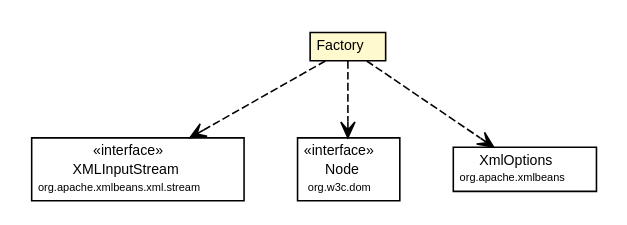
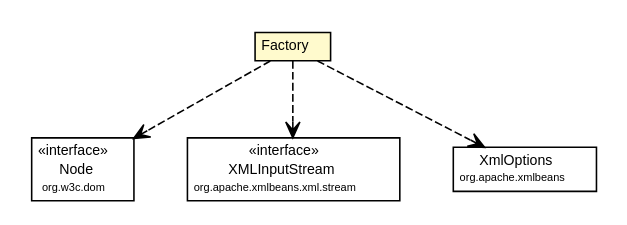
The diagram in site/apidocs/org/synchronoss/cpo/cassandra/cpoCassandraConfig/StCompression.Factory.dot (synchronoss/cpo-api), drawn with Graphviz before and after one commit. The commit also changed 883 other files, not shown here.

```diff
--- a/site/apidocs/org/synchronoss/cpo/cassandra/cpoCassandraConfig/StCompression.Factory.dot
+++ b/site/apidocs/org/synchronoss/cpo/cassandra/cpoCassandraConfig/StCompression.Factory.dot
@@ -1,45 +1,45 @@
 #!/usr/local/bin/dot
 #
 # Class diagram 
 # Generated by UmlGraph version 4.6 (http://www.spinellis.gr/sw/umlgraph)
 #
 
 digraph G {
 	edge [fontname="Helvetica",fontsize=10,labelfontname="Helvetica",labelfontsize=10];
 	node [fontname="Helvetica",fontsize=10,shape=plaintext];
 	// org.synchronoss.cpo.cassandra.cpoCassandraConfig.StCompression.Factory
 	c52533 [label=<<table border="0" cellborder="1" cellspacing="0" cellpadding="2" port="p" bgcolor="lemonChiffon" href="./StCompression.Factory.html">
 		<tr><td><table border="0" cellspacing="0" cellpadding="1">
 			<tr><td> Factory </td></tr>
 		</table></td></tr>
 		</table>>, fontname="Helvetica", fontcolor="black", fontsize=9.0];
+	// org.synchronoss.cpo.cassandra.cpoCassandraConfig.StCompression.Factory DEPEND org.w3c.dom.Node
+	c52533:p -> c52541:p [taillabel="", label="", headlabel="", fontname="Helvetica", fontcolor="black", fontsize=10.0, color="black", arrowhead=open, style=dashed];
 	// org.synchronoss.cpo.cassandra.cpoCassandraConfig.StCompression.Factory DEPEND org.apache.xmlbeans.xml.stream.XMLInputStream
-	c52533:p -> c52541:p [taillabel="", label="", headlabel="", fontname="Helvetica", fontcolor="black", fontsize=10.0, color="black", arrowhead=open, style=dashed];
-	// org.synchronoss.cpo.cassandra.cpoCassandraConfig.StCompression.Factory DEPEND org.w3c.dom.Node
 	c52533:p -> c52542:p [taillabel="", label="", headlabel="", fontname="Helvetica", fontcolor="black", fontsize=10.0, color="black", arrowhead=open, style=dashed];
 	// org.synchronoss.cpo.cassandra.cpoCassandraConfig.StCompression.Factory DEPEND org.apache.xmlbeans.XmlOptions
 	c52533:p -> c52543:p [taillabel="", label="", headlabel="", fontname="Helvetica", fontcolor="black", fontsize=10.0, color="black", arrowhead=open, style=dashed];
 	// org.apache.xmlbeans.xml.stream.XMLInputStream
-	c52541 [label=<<table border="0" cellborder="1" cellspacing="0" cellpadding="2" port="p" href="http://java.sun.com/j2se/1.4.2/docs/api/org/apache/xmlbeans/xml/stream/XMLInputStream.html">
+	c52542 [label=<<table border="0" cellborder="1" cellspacing="0" cellpadding="2" port="p" href="http://java.sun.com/j2se/1.4.2/docs/api/org/apache/xmlbeans/xml/stream/XMLInputStream.html">
 		<tr><td><table border="0" cellspacing="0" cellpadding="1">
 			<tr><td> &laquo;interface&raquo; </td></tr>
 			<tr><td> XMLInputStream </td></tr>
 			<tr><td><font point-size="7.0"> org.apache.xmlbeans.xml.stream </font></td></tr>
 		</table></td></tr>
 		</table>>, fontname="Helvetica", fontcolor="black", fontsize=9.0];
 	// org.apache.xmlbeans.XmlOptions
 	c52543 [label=<<table border="0" cellborder="1" cellspacing="0" cellpadding="2" port="p" href="http://java.sun.com/j2se/1.4.2/docs/api/org/apache/xmlbeans/XmlOptions.html">
 		<tr><td><table border="0" cellspacing="0" cellpadding="1">
 			<tr><td> XmlOptions </td></tr>
 			<tr><td><font point-size="7.0"> org.apache.xmlbeans </font></td></tr>
 		</table></td></tr>
 		</table>>, fontname="Helvetica", fontcolor="black", fontsize=9.0];
 	// org.w3c.dom.Node
-	c52542 [label=<<table border="0" cellborder="1" cellspacing="0" cellpadding="2" port="p" href="http://java.sun.com/j2se/1.4.2/docs/api/org/w3c/dom/Node.html">
+	c52541 [label=<<table border="0" cellborder="1" cellspacing="0" cellpadding="2" port="p" href="http://java.sun.com/j2se/1.4.2/docs/api/org/w3c/dom/Node.html">
 		<tr><td><table border="0" cellspacing="0" cellpadding="1">
 			<tr><td> &laquo;interface&raquo; </td></tr>
 			<tr><td> Node </td></tr>
 			<tr><td><font point-size="7.0"> org.w3c.dom </font></td></tr>
 		</table></td></tr>
 		</table>>, fontname="Helvetica", fontcolor="black", fontsize=9.0];
 }
```
